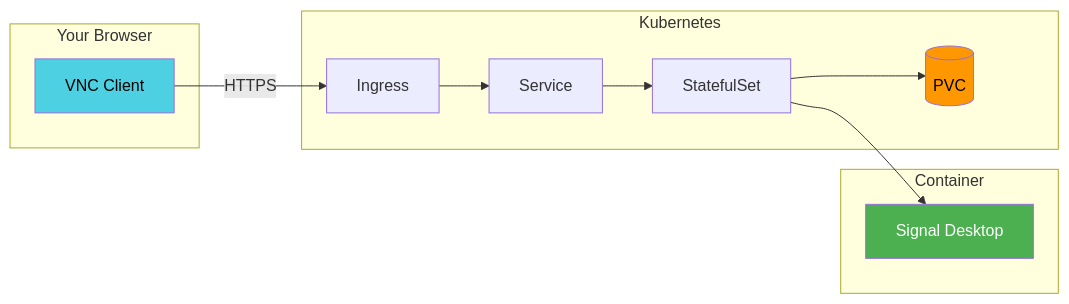
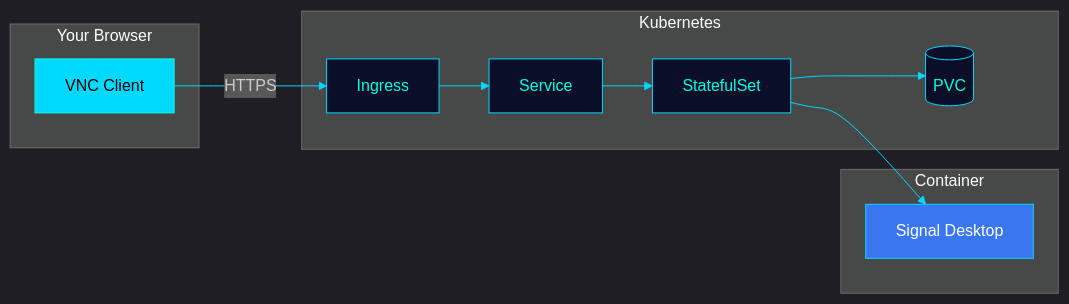
Before and after one commit to drengskapur/ghostwire: the diagram in docs/index.md, drawn with Mermaid. The commit also changed 7 other files, not shown here.

````diff
--- a/docs/index.md
+++ b/docs/index.md
@@ -5,27 +5,31 @@
 ```mermaid
+%%{init: {'theme': 'dark', 'themeVariables': { 'primaryColor': '#0A0E27', 'primaryTextColor': '#00FFE5', 'primaryBorderColor': '#00D9FF', 'lineColor': '#00D9FF', 'secondaryColor': '#0A0E27', 'tertiaryColor': '#0A0E27'}}}%%
 flowchart LR
     subgraph browser["Your Browser"]
         vnc["VNC Client"]
     end
 
     subgraph k8s["Kubernetes"]
         ing["Ingress"]
         svc["Service"]
         pod["StatefulSet"]
         pvc[("PVC")]
     end
 
     subgraph container["Container"]
         signal["Signal Desktop"]
     end
 
     vnc -->|HTTPS| ing
     ing --> svc
     svc --> pod
     pod --> pvc
     pod --> signal
 
-    style vnc fill:#4dd0e1,color:#000
-    style signal fill:#4caf50,color:#fff
-    style pvc fill:#ff9800,color:#000
+    style vnc fill:#00D9FF,color:#000,stroke:#00FFE5
+    style signal fill:#3A76F0,color:#fff,stroke:#00D9FF
+    style pvc fill:#0A0E27,color:#00FFE5,stroke:#00D9FF
+    style ing fill:#0A0E27,color:#00FFE5,stroke:#00D9FF
+    style svc fill:#0A0E27,color:#00FFE5,stroke:#00D9FF
+    style pod fill:#0A0E27,color:#00FFE5,stroke:#00D9FF
 ```
````
